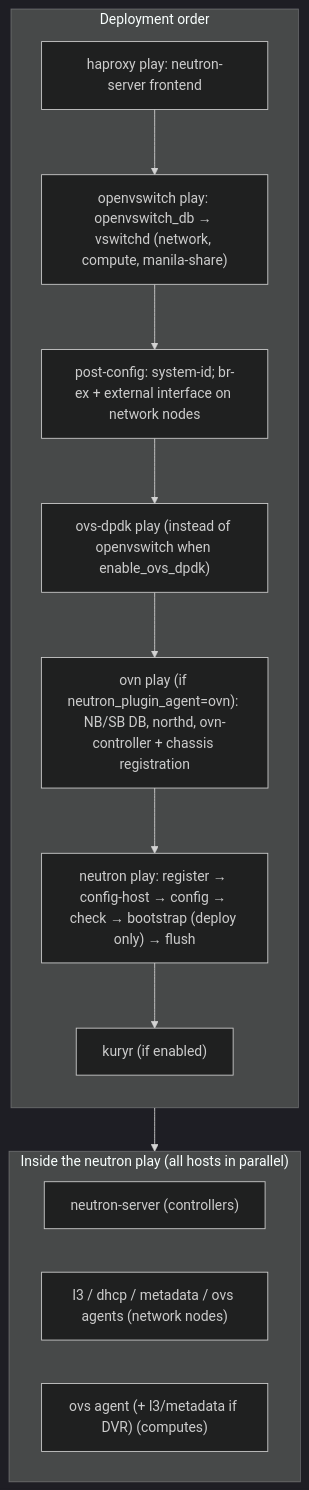
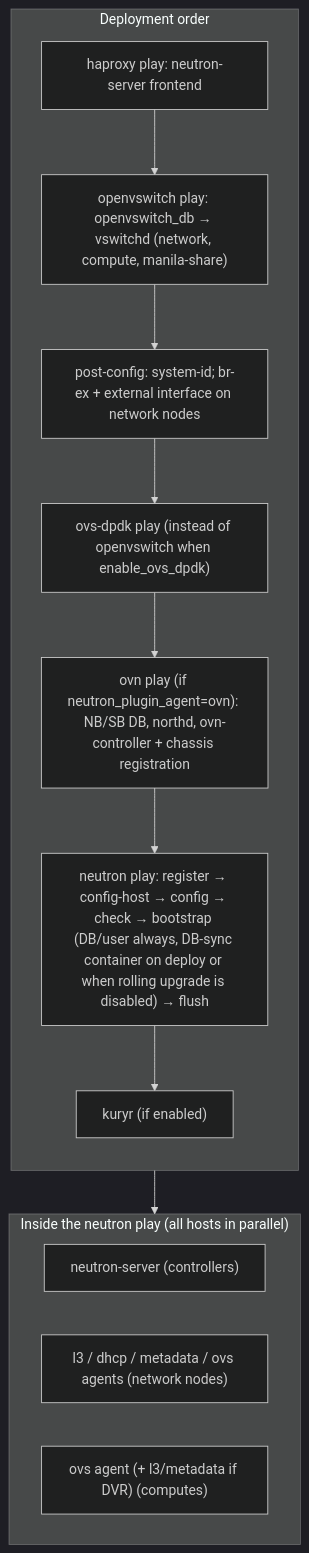
The fifth of 6 diagrams in docs/04-deployment-execution-flow.md (OzarLand/kolla-ansible-academy), drawn with Mermaid (dark theme) before and after one commit. The commit also changed other lines of this file and 5 other files, not shown here.

````diff
--- a/docs/04-deployment-execution-flow.md
+++ b/docs/04-deployment-execution-flow.md
@@ -144,18 +145,18 @@
 ```mermaid
 flowchart TB
   subgraph Order["Deployment order"]
     direction TB
     O1["haproxy play: neutron-server frontend"] --> O2["openvswitch play: openvswitch_db → vswitchd (network, compute, manila-share)"]
     O2 --> O2b["post-config: system-id; br-ex + external interface on network nodes"]
     O2b --> O3["ovs-dpdk play (instead of openvswitch when enable_ovs_dpdk)"]
     O3 --> O4["ovn play (if neutron_plugin_agent=ovn): NB/SB DB, northd, ovn-controller + chassis registration"]
-    O4 --> O5["neutron play: register → config-host → config → check → bootstrap (deploy only) → flush"]
+    O4 --> O5["neutron play: register → config-host → config → check → bootstrap (DB/user always, DB-sync container on deploy or when rolling upgrade is disabled) → flush"]
     O5 --> O6["kuryr (if enabled)"]
   end
   subgraph Within["Inside the neutron play (all hosts in parallel)"]
     N1["neutron-server (controllers)"]
     N2["l3 / dhcp / metadata / ovs agents (network nodes)"]
     N3["ovs agent (+ l3/metadata if DVR) (computes)"]
   end
   O5 --> Within
 ```
````
